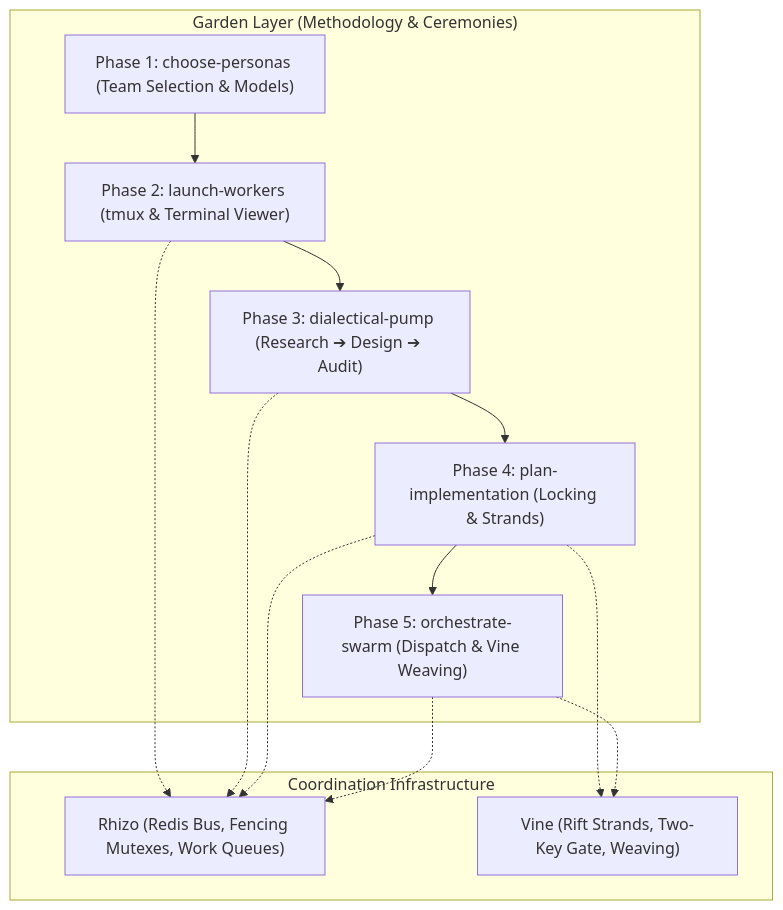
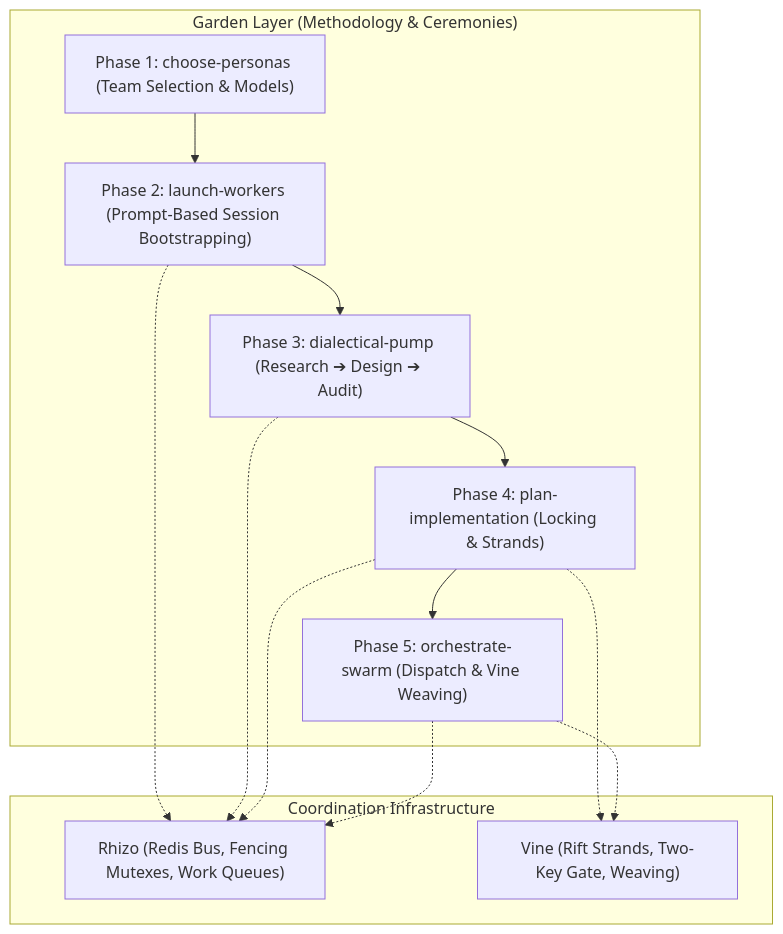
The diagram in SKILL.md (axiomantic/garden), drawn with Mermaid before and after one commit. The commit also changed other lines of this file and 11 other files, not shown here.

Commit message:
chore(release): v0.2.0 - prompt-based swarm bootstrapping & 10-backtick raw markdown blocks

````diff
--- a/SKILL.md
+++ b/SKILL.md
@@ -24,21 +24,21 @@
 ```mermaid
 flowchart TD
     subgraph Garden["Garden Layer (Methodology & Ceremonies)"]
         Phase1["Phase 1: choose-personas (Team Selection & Models)"]
-        Phase2["Phase 2: launch-workers (tmux & Terminal Viewer)"]
+        Phase2["Phase 2: launch-workers (Prompt-Based Session Bootstrapping)"]
         Phase3["Phase 3: dialectical-pump (Research ➔ Design ➔ Audit)"]
         Phase4["Phase 4: plan-implementation (Locking & Strands)"]
         Phase5["Phase 5: orchestrate-swarm (Dispatch & Vine Weaving)"]
     end
 
     subgraph Infrastructure["Coordination Infrastructure"]
         Rhizo["Rhizo (Redis Bus, Fencing Mutexes, Work Queues)"]
         Vine["Vine (Rift Strands, Two-Key Gate, Weaving)"]
     end
 
     Phase1 --> Phase2 --> Phase3 --> Phase4 --> Phase5
     Phase2 -.-> Rhizo
     Phase3 -.-> Rhizo
     Phase4 -.-> Rhizo & Vine
     Phase5 -.-> Rhizo & Vine
 ```
````
